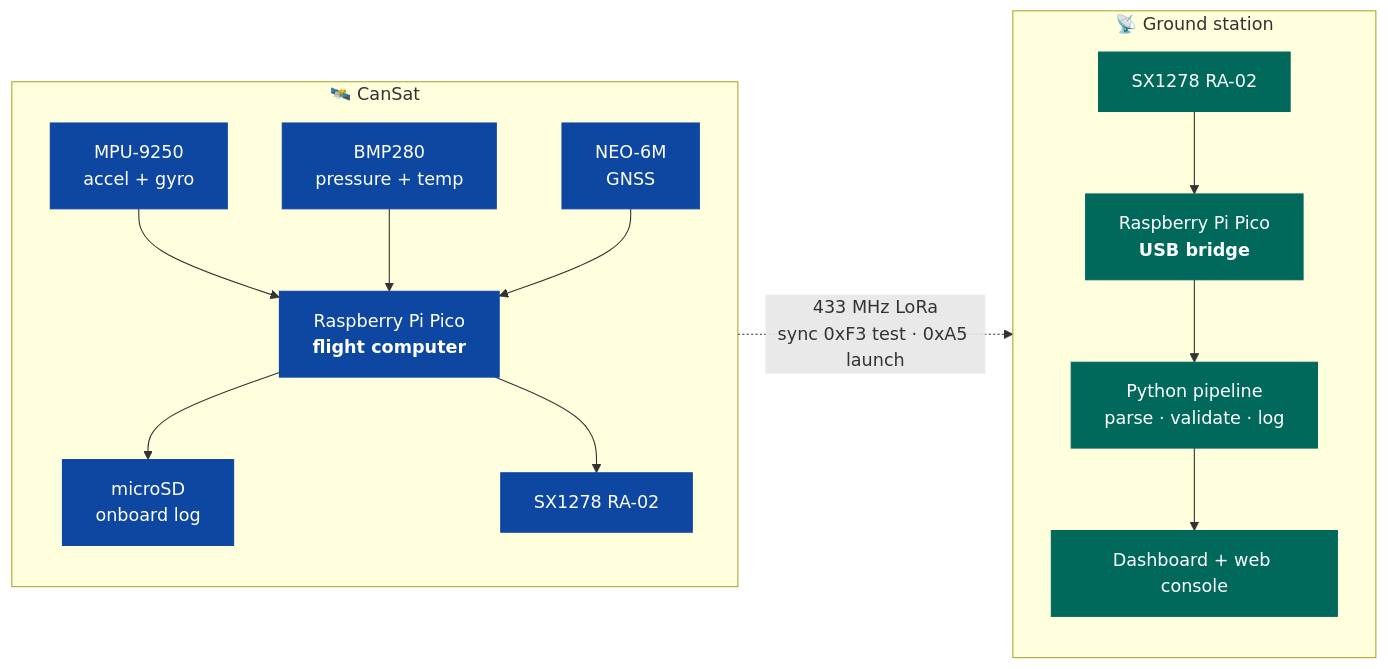
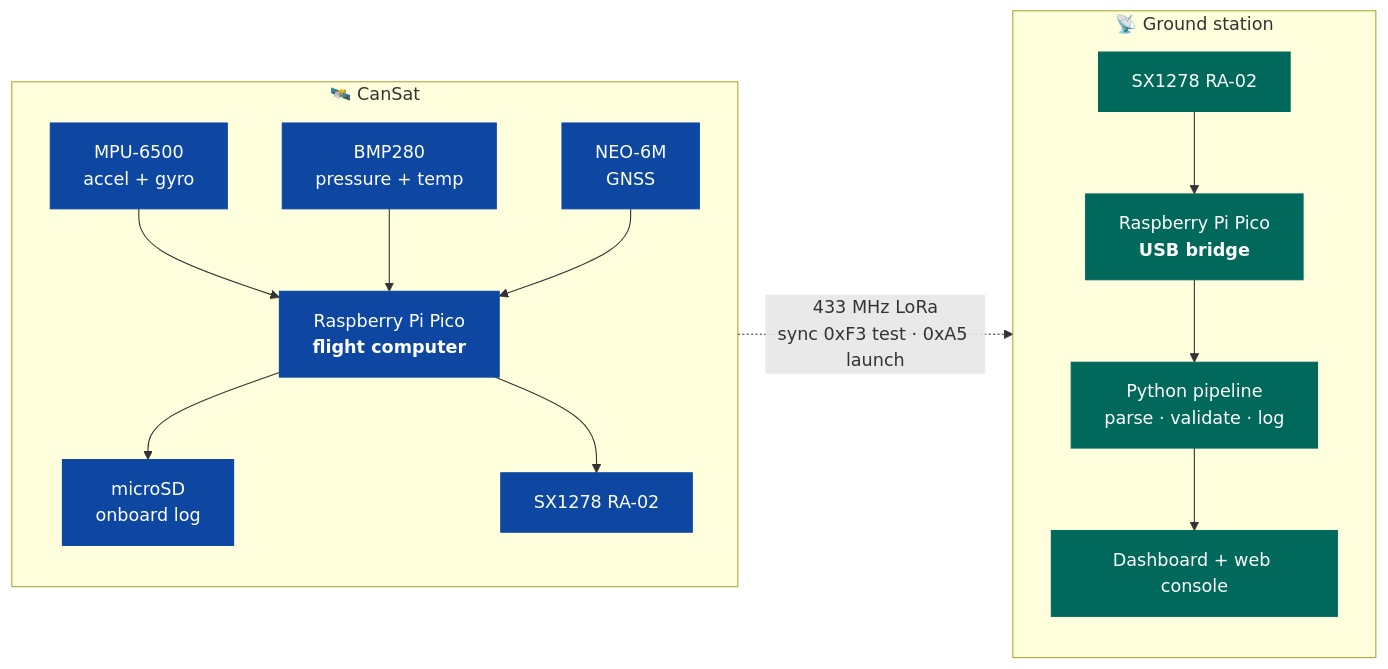
The first of 3 diagrams in README.md (KunjSorathiya/CanSat-2026), drawn with Mermaid before and after one commit. The commit also changed other lines of this file and 5 other files, not shown here.

````diff
--- a/README.md
+++ b/README.md
@@ -76,33 +76,33 @@
 ```mermaid
 flowchart LR
     subgraph CANSAT["🛰️ CanSat"]
         direction TB
-        S1["MPU-9250<br/>accel + gyro"]
+        S1["MPU-6500<br/>accel + gyro"]
         S2["BMP280<br/>pressure + temp"]
         S3["NEO-6M<br/>GNSS"]
         FC["Raspberry Pi Pico<br/><b>flight computer</b>"]
         SD["microSD<br/>onboard log"]
         R1["SX1278 RA-02"]
         S1 --> FC
         S2 --> FC
         S3 --> FC
         FC --> SD
         FC --> R1
     end
 
     subgraph GROUND["📡 Ground station"]
         direction TB
         R2["SX1278 RA-02"]
         BR["Raspberry Pi Pico<br/><b>USB bridge</b>"]
         PC["Python pipeline<br/>parse · validate · log"]
         UI["Dashboard + web console"]
         R2 --> BR --> PC --> UI
     end
 
     R1 -. "433 MHz LoRa<br/>sync 0xF3 test · 0xA5 launch" .-> R2
 
     classDef vehicle fill:#0d47a1,stroke:#0d47a1,color:#fff
     classDef ground fill:#00695c,stroke:#00695c,color:#fff
     class S1,S2,S3,FC,SD,R1 vehicle
     class R2,BR,PC,UI ground
 ```
````
